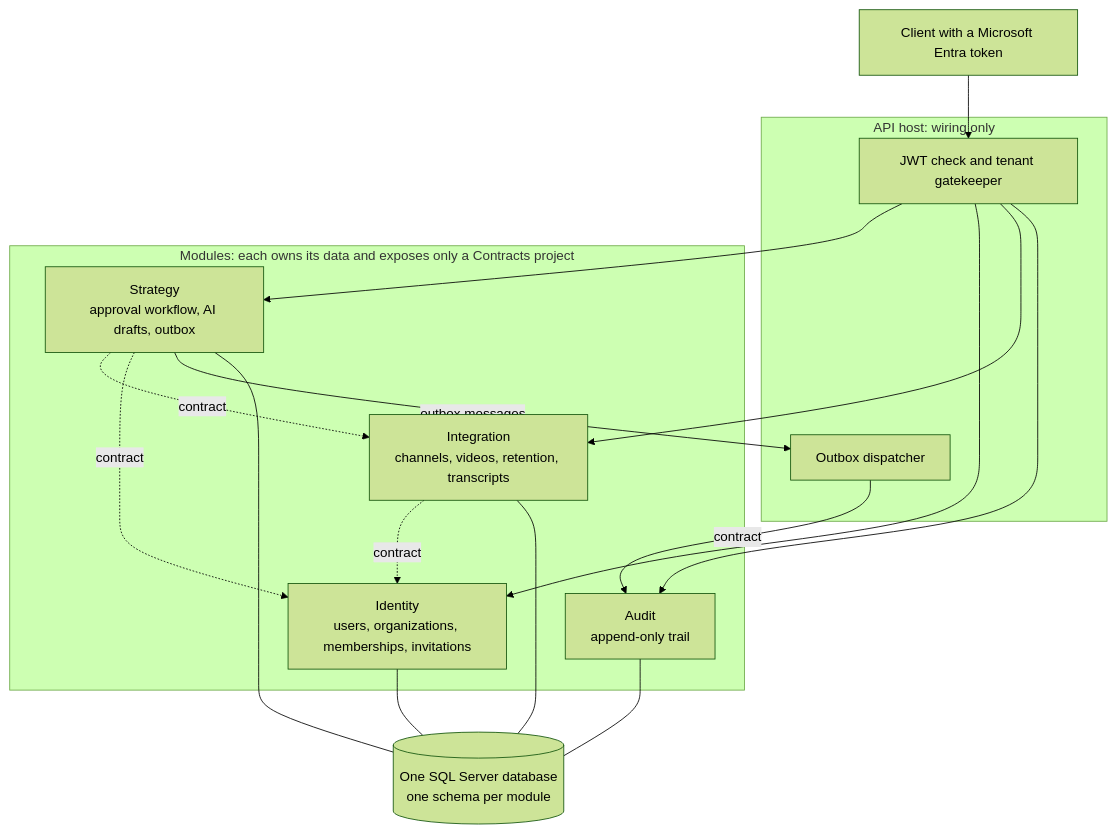
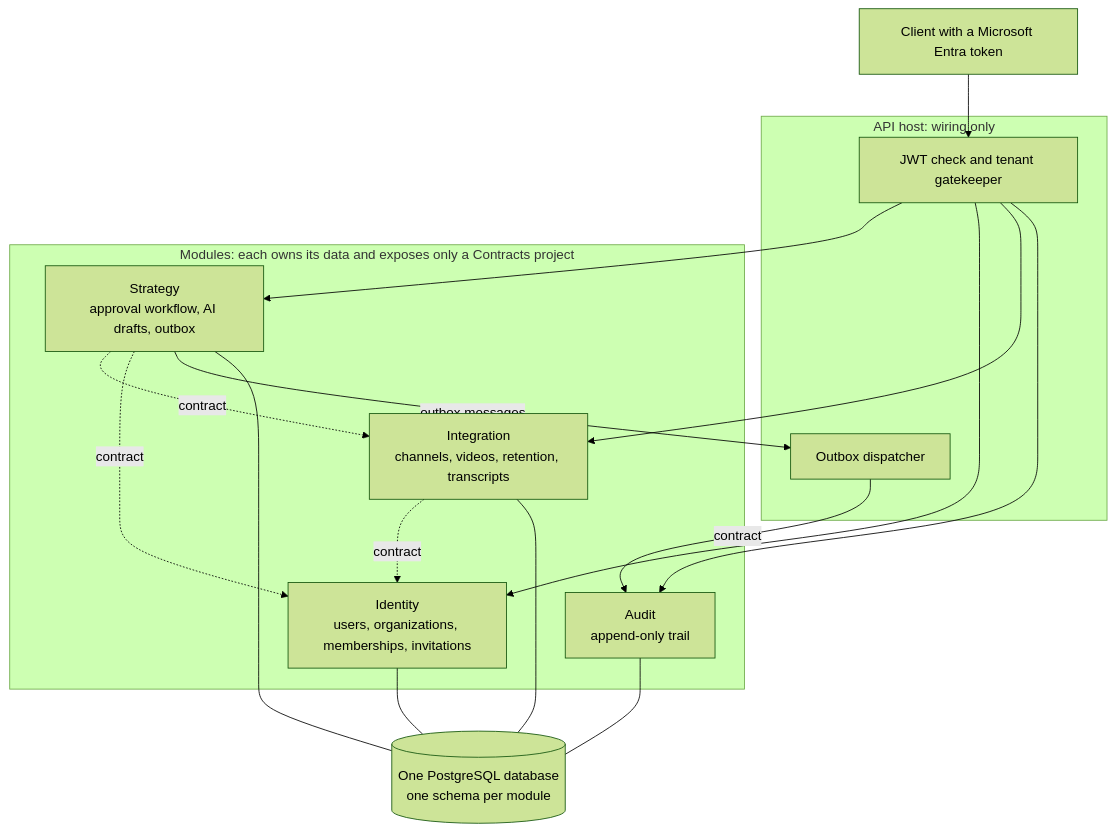
One commit to shawaiz12/Creator_Analysis_App changed the first of 6 diagrams in README.md. Above: the diagram before and after it, drawn with Mermaid (forest theme). The commit also changed other lines of this file and 3 other files, not shown here.

Commit message:
Document the switch to PostgreSQL (ADR 0007) and update the README

````diff
--- a/README.md
+++ b/README.md
@@ -54,33 +54,33 @@
 ```mermaid
 flowchart TB
     Client["Client with a Microsoft Entra token"] --> Gate
 
     subgraph HostBox["API host: wiring only"]
         Gate["JWT check and tenant gatekeeper"]
         Dispatcher["Outbox dispatcher"]
     end
 
     subgraph Modules["Modules: each owns its data and exposes only a Contracts project"]
         Identity["Identity<br/>users, organizations, memberships, invitations"]
         Strategy["Strategy<br/>approval workflow, AI drafts, outbox"]
         Integration["Integration<br/>channels, videos, retention, transcripts"]
         Audit["Audit<br/>append-only trail"]
     end
 
     Gate --> Strategy
     Gate --> Identity
     Gate --> Integration
     Gate --> Audit
 
     Strategy -.->|"contract"| Integration
     Strategy -.->|"contract"| Identity
     Integration -.->|"contract"| Identity
     Strategy -->|"outbox messages"| Dispatcher
     Dispatcher -->|"contract"| Audit
 
-    DB[("One SQL Server database<br/>one schema per module")]
+    DB[("One PostgreSQL database<br/>one schema per module")]
     Identity --- DB
     Strategy --- DB
     Integration --- DB
     Audit --- DB
 ```
````
